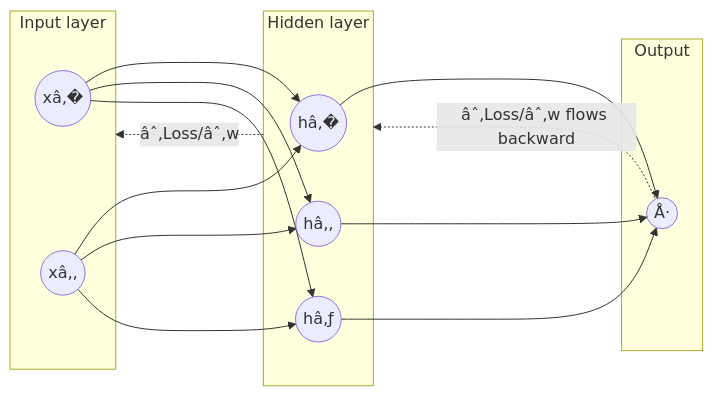
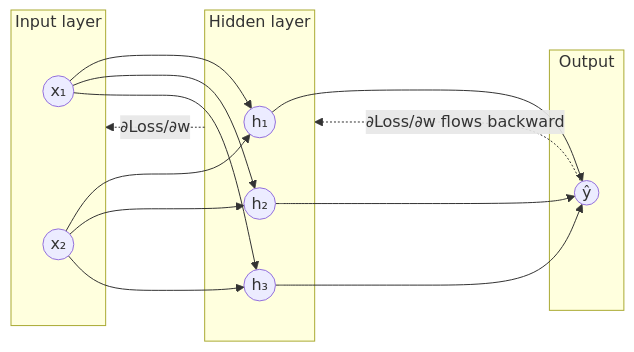
Before and after one commit to cyourth/neural-network-lineage: the fifth of 15 diagrams in README.md, drawn with Mermaid. The commit also changed other lines of this file, not shown here.

````diff
--- a/README.md
+++ b/README.md
@@ -292,17 +292,17 @@
 ```mermaid
 flowchart LR
     subgraph IN["Input layer"]
-        i1((xâ‚�)); i2((xâ‚‚))
+        i1((x₁)); i2((x₂))
     end
     subgraph H["Hidden layer"]
-        h1((hâ‚�)); h2((hâ‚‚)); h3((hâ‚ƒ))
+        h1((h₁)); h2((h₂)); h3((h₃))
     end
     subgraph OUT["Output"]
-        o((Å·))
+        o((ŷ))
     end
     i1 --> h1 & h2 & h3
     i2 --> h1 & h2 & h3
     h1 & h2 & h3 --> o
-    o -. "âˆ‚Loss/âˆ‚w flows backward" .-> H
-    H -. "âˆ‚Loss/âˆ‚w" .-> IN
+    o -. "∂Loss/∂w flows backward" .-> H
+    H -. "∂Loss/∂w" .-> IN
 ```
````
